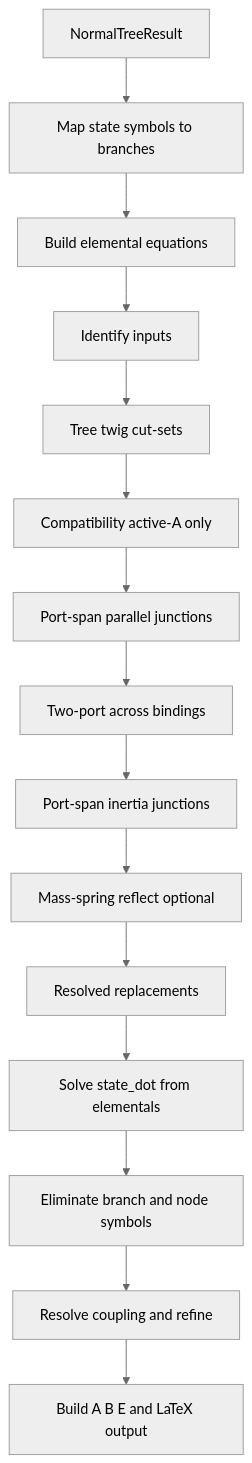
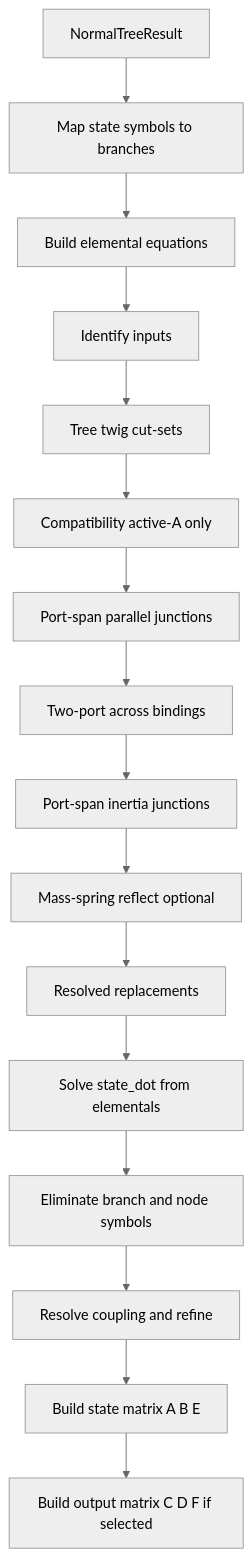
The diagram in src/assets/guides/state_space_from_normal_tree.md (FurkanKaraketir/LGM), drawn with Mermaid (neutral theme) before and after one commit. The commit also changed other lines of this file and 43 other files, not shown here.

````diff
--- a/src/assets/guides/state_space_from_normal_tree.md
+++ b/src/assets/guides/state_space_from_normal_tree.md
@@ -26,17 +26,18 @@
 ```mermaid
 flowchart TD
     normalTree[NormalTreeResult] --> mapStates[Map state symbols to branches]
     mapStates --> elementals[Build elemental equations]
     elementals --> inputs[Identify inputs]
     inputs --> cuts[Tree twig cut-sets]
     cuts --> compat[Compatibility active-A only]
     compat --> portCont[Port-span parallel junctions]
     portCont --> twoPortAcross[Two-port across bindings]
     twoPortAcross --> portSpan[Port-span inertia junctions]
     portSpan --> massSpring[Mass-spring reflect optional]
     massSpring --> replacements[Resolved replacements]
     replacements --> stateDots[Solve state_dot from elementals]
     stateDots --> eliminate[Eliminate branch and node symbols]
     eliminate --> coupling[Resolve coupling and refine]
-    coupling --> matrix[Build A B E and LaTeX output]
+    coupling --> stateMatrix[Build state matrix A B E]
+    stateMatrix --> outputMatrix[Build output matrix C D F if selected]
 ```
````
